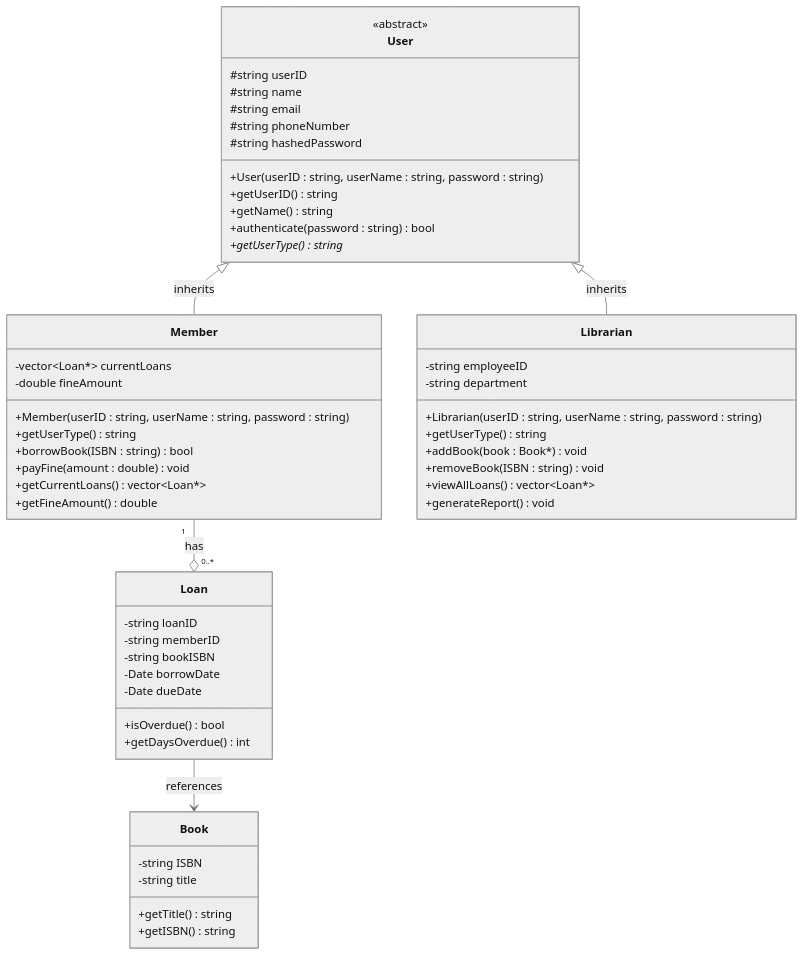
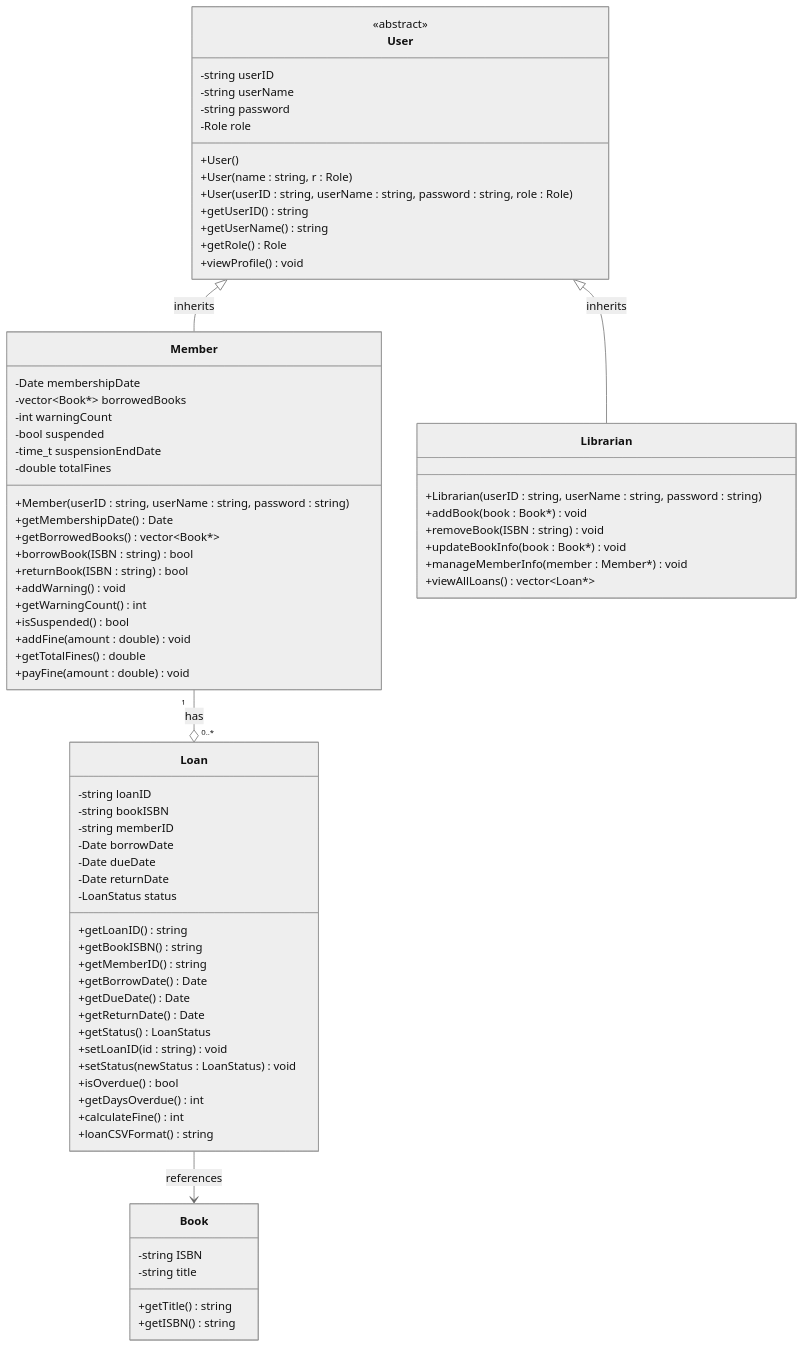
Diagram 13 of 28 in docs/report.md (DankDaPancake/LibraryManagementSystem), drawn with Mermaid (neutral theme) before and after one commit. The commit also changed other lines of this file, not shown here.

```diff
--- a/docs/report.md
+++ b/docs/report.md
@@ -1294,48 +1158,69 @@
 classDiagram
     class User {
         <<abstract>>
-        #string userID
-        #string name
-        #string email
-        #string phoneNumber
-        #string hashedPassword
-        +User(userID : string, userName : string, password : string)
+        -string userID
+        -string userName
+        -string password
+        -Role role
+        +User()
+        +User(name : string, r : Role)
+        +User(userID : string, userName : string, password : string, role : Role)
         +getUserID() string
-        +getName() string
-        +authenticate(password : string) bool
-        +getUserType()* string
+        +getUserName() string
+        +getRole() Role
+        +viewProfile() void
     }
     
     class Member {
-        -vector~Loan*~ currentLoans
-        -double fineAmount
+        -Date membershipDate
+        -vector~Book*~ borrowedBooks
+        -int warningCount
+        -bool suspended
+        -time_t suspensionEndDate
+        -double totalFines
         +Member(userID : string, userName : string, password : string)
-        +getUserType() string
+        +getMembershipDate() Date
+        +getBorrowedBooks() vector~Book*~
         +borrowBook(ISBN : string) bool
+        +returnBook(ISBN : string) bool
+        +addWarning() void
+        +getWarningCount() int
+        +isSuspended() bool
+        +addFine(amount : double) void
+        +getTotalFines() double
         +payFine(amount : double) void
-        +getCurrentLoans() vector~Loan*~
-        +getFineAmount() double
     }
     
     class Librarian {
-        -string employeeID
-        -string department
         +Librarian(userID : string, userName : string, password : string)
-        +getUserType() string
         +addBook(book : Book*) void
         +removeBook(ISBN : string) void
+        +updateBookInfo(book : Book*) void
+        +manageMemberInfo(member : Member*) void
         +viewAllLoans() vector~Loan*~
-        +generateReport() void
     }
     
     class Loan {
         -string loanID
+        -string bookISBN
         -string memberID
-        -string bookISBN
         -Date borrowDate
         -Date dueDate
+        -Date returnDate
+        -LoanStatus status
+        +getLoanID() string
+        +getBookISBN() string
+        +getMemberID() string
+        +getBorrowDate() Date
+        +getDueDate() Date
+        +getReturnDate() Date
+        +getStatus() LoanStatus
+        +setLoanID(id : string) void
+        +setStatus(newStatus : LoanStatus) void
         +isOverdue() bool
         +getDaysOverdue() int
+        +calculateFine() int
+        +loanCSVFormat() string
     }
     
     class Book {
```
